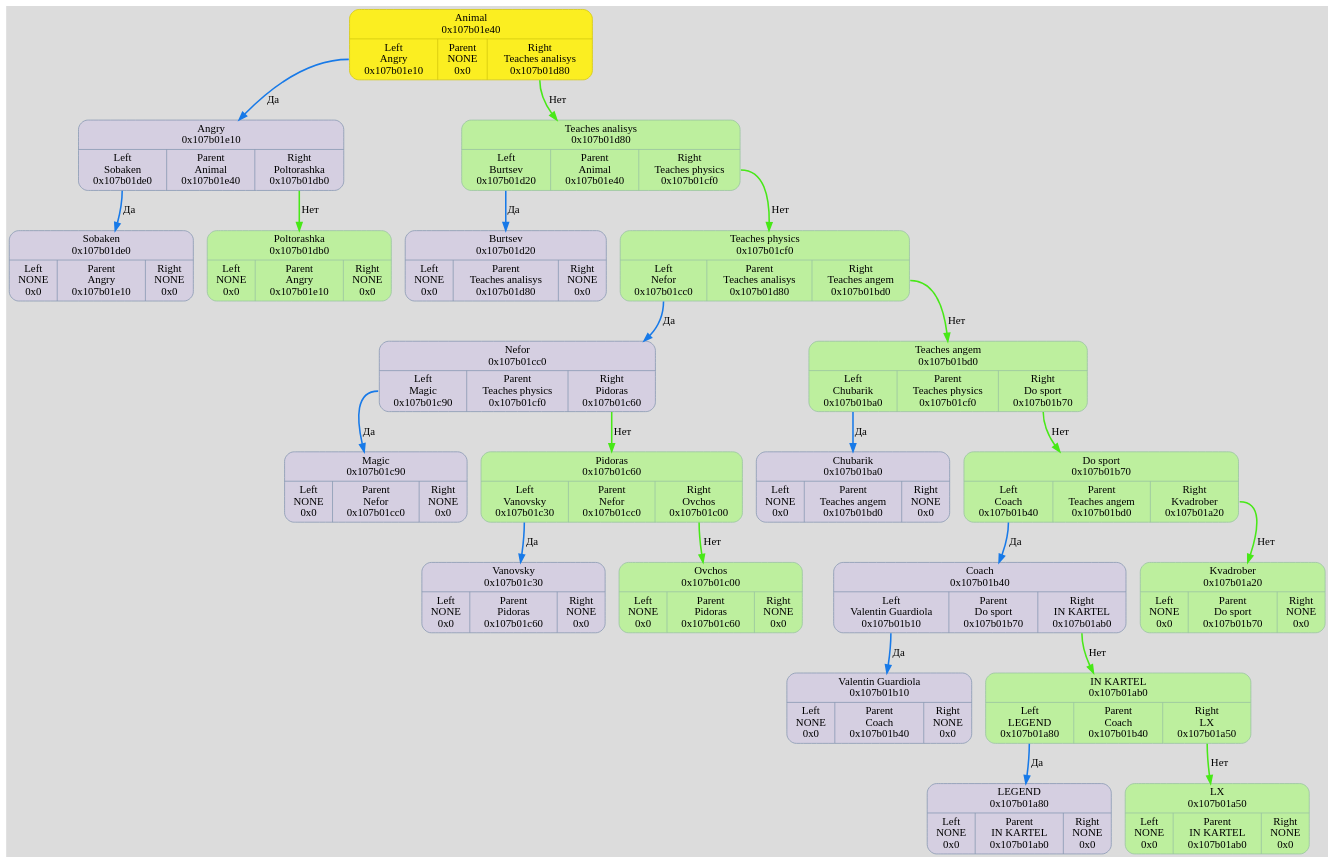
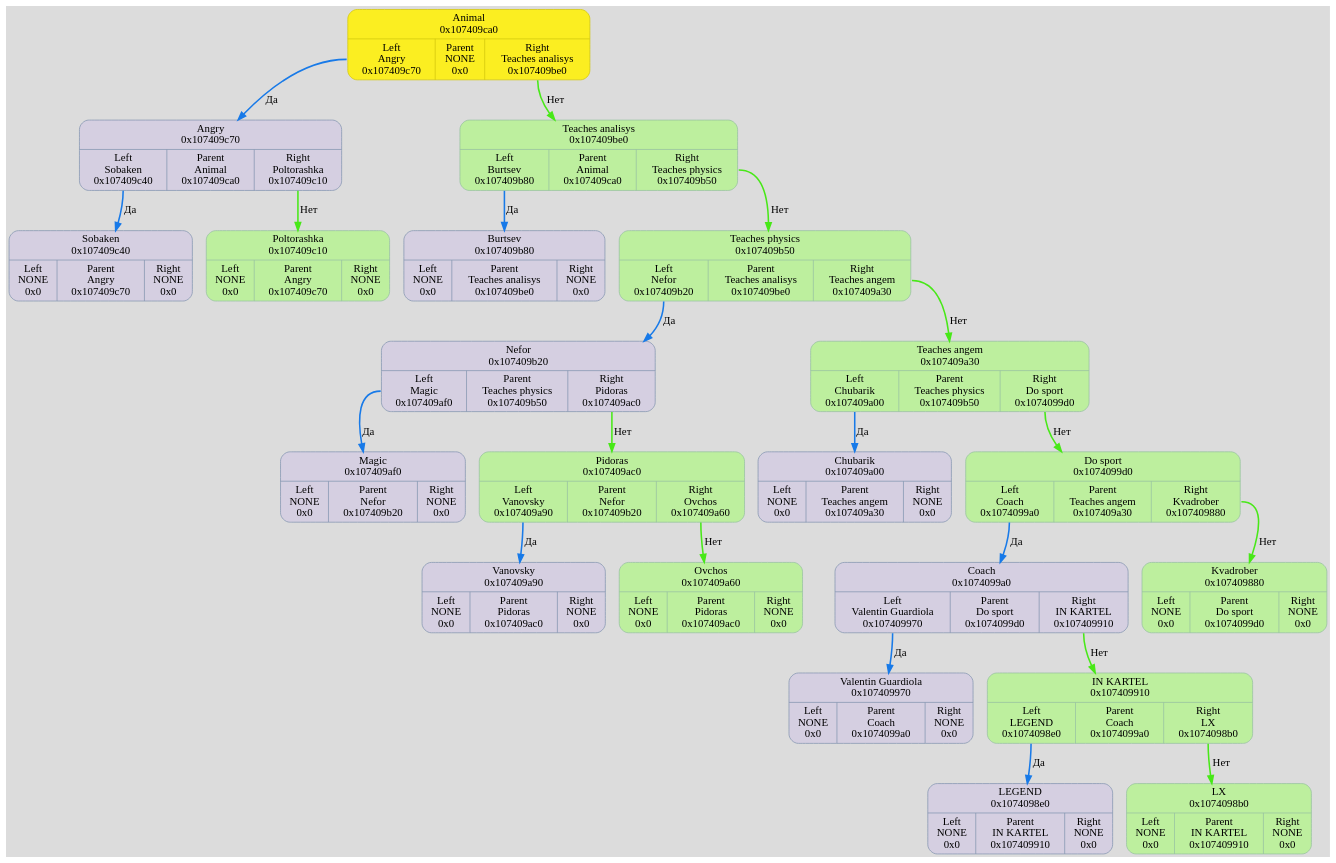
Before and after one commit to TolikRogov/Akinator: the diagram in dump/graph.dot, drawn with Graphviz. The commit also changed 9 other files, not shown here.

```diff
--- a/dump/graph.dot
+++ b/dump/graph.dot
@@ -2,55 +2,55 @@
 	fontname = "UbuntuMono";
 	bgcolor = "#DCDCDC";
 
-	node0x107b01e40 [ shape = Mrecord; style = filled; fillcolor = "#FBEE21"; color = "#D3C70D"; fontcolor = "#000000";label = " { Animal\n0x107b01e40 | { <left> Left\nAngry\n0x107b01e10 | Parent\nNONE\n0x0 | <right> Right\nTeaches analisys\n0x107b01d80 } } ";  ];
-	node0x107b01e40:<left> -> node0x107b01e10 [ style = "bold"; color = "#187AE8"; label = "Да"; ];
-	node0x107b01e10 [ shape = Mrecord; style = filled; fillcolor = "#D5CFE1"; color = "#8797b2"; fontcolor = "#000000";label = " { Angry\n0x107b01e10 | { <left> Left\nSobaken\n0x107b01de0 | Parent\nAnimal\n0x107b01e40 | <right> Right\nPoltorashka\n0x107b01db0 } } ";  ];
-	node0x107b01e10:<left> -> node0x107b01de0 [ style = "bold"; color = "#187AE8"; label = "Да"; ];
-	node0x107b01de0 [ shape = Mrecord; style = filled; fillcolor = "#D5CFE1"; color = "#8797b2"; fontcolor = "#000000";label = " { Sobaken\n0x107b01de0 | { <left> Left\nNONE\n0x0 | Parent\nAngry\n0x107b01e10 | <right> Right\nNONE\n0x0 } } ";  ];
-	node0x107b01db0 [ shape = Mrecord; style = filled; fillcolor = "#D5CFE1"; color = "#8797b2"; fontcolor = "#000000";label = " { Poltorashka\n0x107b01db0 | { <left> Left\nNONE\n0x0 | Parent\nAngry\n0x107b01e10 | <right> Right\nNONE\n0x0 } } ";  ];
-	node0x107b01e10:<right> -> node0x107b01db0 [ style = "bold"; color = "#48E818"; label = "Нет"; ];
-	node0x107b01db0 [ fillcolor = "#BDEF9E"; color = "#99c2a2"; fontcolor = "#000000"; ];
-	node0x107b01d80 [ shape = Mrecord; style = filled; fillcolor = "#D5CFE1"; color = "#8797b2"; fontcolor = "#000000";label = " { Teaches analisys\n0x107b01d80 | { <left> Left\nBurtsev\n0x107b01d20 | Parent\nAnimal\n0x107b01e40 | <right> Right\nTeaches physics\n0x107b01cf0 } } ";  ];
-	node0x107b01d80:<left> -> node0x107b01d20 [ style = "bold"; color = "#187AE8"; label = "Да"; ];
-	node0x107b01d20 [ shape = Mrecord; style = filled; fillcolor = "#D5CFE1"; color = "#8797b2"; fontcolor = "#000000";label = " { Burtsev\n0x107b01d20 | { <left> Left\nNONE\n0x0 | Parent\nTeaches analisys\n0x107b01d80 | <right> Right\nNONE\n0x0 } } ";  ];
-	node0x107b01cf0 [ shape = Mrecord; style = filled; fillcolor = "#D5CFE1"; color = "#8797b2"; fontcolor = "#000000";label = " { Teaches physics\n0x107b01cf0 | { <left> Left\nNefor\n0x107b01cc0 | Parent\nTeaches analisys\n0x107b01d80 | <right> Right\nTeaches angem\n0x107b01bd0 } } ";  ];
-	node0x107b01cf0:<left> -> node0x107b01cc0 [ style = "bold"; color = "#187AE8"; label = "Да"; ];
-	node0x107b01cc0 [ shape = Mrecord; style = filled; fillcolor = "#D5CFE1"; color = "#8797b2"; fontcolor = "#000000";label = " { Nefor\n0x107b01cc0 | { <left> Left\nMagic\n0x107b01c90 | Parent\nTeaches physics\n0x107b01cf0 | <right> Right\nPidoras\n0x107b01c60 } } ";  ];
-	node0x107b01cc0:<left> -> node0x107b01c90 [ style = "bold"; color = "#187AE8"; label = "Да"; ];
-	node0x107b01c90 [ shape = Mrecord; style = filled; fillcolor = "#D5CFE1"; color = "#8797b2"; fontcolor = "#000000";label = " { Magic\n0x107b01c90 | { <left> Left\nNONE\n0x0 | Parent\nNefor\n0x107b01cc0 | <right> Right\nNONE\n0x0 } } ";  ];
-	node0x107b01c60 [ shape = Mrecord; style = filled; fillcolor = "#D5CFE1"; color = "#8797b2"; fontcolor = "#000000";label = " { Pidoras\n0x107b01c60 | { <left> Left\nVanovsky\n0x107b01c30 | Parent\nNefor\n0x107b01cc0 | <right> Right\nOvchos\n0x107b01c00 } } ";  ];
-	node0x107b01c60:<left> -> node0x107b01c30 [ style = "bold"; color = "#187AE8"; label = "Да"; ];
-	node0x107b01c30 [ shape = Mrecord; style = filled; fillcolor = "#D5CFE1"; color = "#8797b2"; fontcolor = "#000000";label = " { Vanovsky\n0x107b01c30 | { <left> Left\nNONE\n0x0 | Parent\nPidoras\n0x107b01c60 | <right> Right\nNONE\n0x0 } } ";  ];
-	node0x107b01c00 [ shape = Mrecord; style = filled; fillcolor = "#D5CFE1"; color = "#8797b2"; fontcolor = "#000000";label = " { Ovchos\n0x107b01c00 | { <left> Left\nNONE\n0x0 | Parent\nPidoras\n0x107b01c60 | <right> Right\nNONE\n0x0 } } ";  ];
-	node0x107b01c60:<right> -> node0x107b01c00 [ style = "bold"; color = "#48E818"; label = "Нет"; ];
-	node0x107b01c00 [ fillcolor = "#BDEF9E"; color = "#99c2a2"; fontcolor = "#000000"; ];
-	node0x107b01cc0:<right> -> node0x107b01c60 [ style = "bold"; color = "#48E818"; label = "Нет"; ];
-	node0x107b01c60 [ fillcolor = "#BDEF9E"; color = "#99c2a2"; fontcolor = "#000000"; ];
-	node0x107b01bd0 [ shape = Mrecord; style = filled; fillcolor = "#D5CFE1"; color = "#8797b2"; fontcolor = "#000000";label = " { Teaches angem\n0x107b01bd0 | { <left> Left\nChubarik\n0x107b01ba0 | Parent\nTeaches physics\n0x107b01cf0 | <right> Right\nDo sport\n0x107b01b70 } } ";  ];
-	node0x107b01bd0:<left> -> node0x107b01ba0 [ style = "bold"; color = "#187AE8"; label = "Да"; ];
-	node0x107b01ba0 [ shape = Mrecord; style = filled; fillcolor = "#D5CFE1"; color = "#8797b2"; fontcolor = "#000000";label = " { Chubarik\n0x107b01ba0 | { <left> Left\nNONE\n0x0 | Parent\nTeaches angem\n0x107b01bd0 | <right> Right\nNONE\n0x0 } } ";  ];
-	node0x107b01b70 [ shape = Mrecord; style = filled; fillcolor = "#D5CFE1"; color = "#8797b2"; fontcolor = "#000000";label = " { Do sport\n0x107b01b70 | { <left> Left\nCoach\n0x107b01b40 | Parent\nTeaches angem\n0x107b01bd0 | <right> Right\nKvadrober\n0x107b01a20 } } ";  ];
-	node0x107b01b70:<left> -> node0x107b01b40 [ style = "bold"; color = "#187AE8"; label = "Да"; ];
-	node0x107b01b40 [ shape = Mrecord; style = filled; fillcolor = "#D5CFE1"; color = "#8797b2"; fontcolor = "#000000";label = " { Coach\n0x107b01b40 | { <left> Left\nValentin Guardiola\n0x107b01b10 | Parent\nDo sport\n0x107b01b70 | <right> Right\nIN KARTEL\n0x107b01ab0 } } ";  ];
-	node0x107b01b40:<left> -> node0x107b01b10 [ style = "bold"; color = "#187AE8"; label = "Да"; ];
-	node0x107b01b10 [ shape = Mrecord; style = filled; fillcolor = "#D5CFE1"; color = "#8797b2"; fontcolor = "#000000";label = " { Valentin Guardiola\n0x107b01b10 | { <left> Left\nNONE\n0x0 | Parent\nCoach\n0x107b01b40 | <right> Right\nNONE\n0x0 } } ";  ];
-	node0x107b01ab0 [ shape = Mrecord; style = filled; fillcolor = "#D5CFE1"; color = "#8797b2"; fontcolor = "#000000";label = " { IN KARTEL\n0x107b01ab0 | { <left> Left\nLEGEND\n0x107b01a80 | Parent\nCoach\n0x107b01b40 | <right> Right\nLX\n0x107b01a50 } } ";  ];
-	node0x107b01ab0:<left> -> node0x107b01a80 [ style = "bold"; color = "#187AE8"; label = "Да"; ];
-	node0x107b01a80 [ shape = Mrecord; style = filled; fillcolor = "#D5CFE1"; color = "#8797b2"; fontcolor = "#000000";label = " { LEGEND\n0x107b01a80 | { <left> Left\nNONE\n0x0 | Parent\nIN KARTEL\n0x107b01ab0 | <right> Right\nNONE\n0x0 } } ";  ];
-	node0x107b01a50 [ shape = Mrecord; style = filled; fillcolor = "#D5CFE1"; color = "#8797b2"; fontcolor = "#000000";label = " { LX\n0x107b01a50 | { <left> Left\nNONE\n0x0 | Parent\nIN KARTEL\n0x107b01ab0 | <right> Right\nNONE\n0x0 } } ";  ];
-	node0x107b01ab0:<right> -> node0x107b01a50 [ style = "bold"; color = "#48E818"; label = "Нет"; ];
-	node0x107b01a50 [ fillcolor = "#BDEF9E"; color = "#99c2a2"; fontcolor = "#000000"; ];
-	node0x107b01b40:<right> -> node0x107b01ab0 [ style = "bold"; color = "#48E818"; label = "Нет"; ];
-	node0x107b01ab0 [ fillcolor = "#BDEF9E"; color = "#99c2a2"; fontcolor = "#000000"; ];
-	node0x107b01a20 [ shape = Mrecord; style = filled; fillcolor = "#D5CFE1"; color = "#8797b2"; fontcolor = "#000000";label = " { Kvadrober\n0x107b01a20 | { <left> Left\nNONE\n0x0 | Parent\nDo sport\n0x107b01b70 | <right> Right\nNONE\n0x0 } } ";  ];
-	node0x107b01b70:<right> -> node0x107b01a20 [ style = "bold"; color = "#48E818"; label = "Нет"; ];
-	node0x107b01a20 [ fillcolor = "#BDEF9E"; color = "#99c2a2"; fontcolor = "#000000"; ];
-	node0x107b01bd0:<right> -> node0x107b01b70 [ style = "bold"; color = "#48E818"; label = "Нет"; ];
-	node0x107b01b70 [ fillcolor = "#BDEF9E"; color = "#99c2a2"; fontcolor = "#000000"; ];
-	node0x107b01cf0:<right> -> node0x107b01bd0 [ style = "bold"; color = "#48E818"; label = "Нет"; ];
-	node0x107b01bd0 [ fillcolor = "#BDEF9E"; color = "#99c2a2"; fontcolor = "#000000"; ];
-	node0x107b01d80:<right> -> node0x107b01cf0 [ style = "bold"; color = "#48E818"; label = "Нет"; ];
-	node0x107b01cf0 [ fillcolor = "#BDEF9E"; color = "#99c2a2"; fontcolor = "#000000"; ];
-	node0x107b01e40:<right> -> node0x107b01d80 [ style = "bold"; color = "#48E818"; label = "Нет"; ];
-	node0x107b01d80 [ fillcolor = "#BDEF9E"; color = "#99c2a2"; fontcolor = "#000000"; ];
+	node0x107409ca0 [ shape = Mrecord; style = filled; fillcolor = "#FBEE21"; color = "#D3C70D"; fontcolor = "#000000";label = " { Animal\n0x107409ca0 | { <left> Left\nAngry\n0x107409c70 | Parent\nNONE\n0x0 | <right> Right\nTeaches analisys\n0x107409be0 } } ";  ];
+	node0x107409ca0:<left> -> node0x107409c70 [ style = "bold"; color = "#187AE8"; label = "Да"; ];
+	node0x107409c70 [ shape = Mrecord; style = filled; fillcolor = "#D5CFE1"; color = "#8797b2"; fontcolor = "#000000";label = " { Angry\n0x107409c70 | { <left> Left\nSobaken\n0x107409c40 | Parent\nAnimal\n0x107409ca0 | <right> Right\nPoltorashka\n0x107409c10 } } ";  ];
+	node0x107409c70:<left> -> node0x107409c40 [ style = "bold"; color = "#187AE8"; label = "Да"; ];
+	node0x107409c40 [ shape = Mrecord; style = filled; fillcolor = "#D5CFE1"; color = "#8797b2"; fontcolor = "#000000";label = " { Sobaken\n0x107409c40 | { <left> Left\nNONE\n0x0 | Parent\nAngry\n0x107409c70 | <right> Right\nNONE\n0x0 } } ";  ];
+	node0x107409c10 [ shape = Mrecord; style = filled; fillcolor = "#D5CFE1"; color = "#8797b2"; fontcolor = "#000000";label = " { Poltorashka\n0x107409c10 | { <left> Left\nNONE\n0x0 | Parent\nAngry\n0x107409c70 | <right> Right\nNONE\n0x0 } } ";  ];
+	node0x107409c70:<right> -> node0x107409c10 [ style = "bold"; color = "#48E818"; label = "Нет"; ];
+	node0x107409c10 [ fillcolor = "#BDEF9E"; color = "#99c2a2"; fontcolor = "#000000"; ];
+	node0x107409be0 [ shape = Mrecord; style = filled; fillcolor = "#D5CFE1"; color = "#8797b2"; fontcolor = "#000000";label = " { Teaches analisys\n0x107409be0 | { <left> Left\nBurtsev\n0x107409b80 | Parent\nAnimal\n0x107409ca0 | <right> Right\nTeaches physics\n0x107409b50 } } ";  ];
+	node0x107409be0:<left> -> node0x107409b80 [ style = "bold"; color = "#187AE8"; label = "Да"; ];
+	node0x107409b80 [ shape = Mrecord; style = filled; fillcolor = "#D5CFE1"; color = "#8797b2"; fontcolor = "#000000";label = " { Burtsev\n0x107409b80 | { <left> Left\nNONE\n0x0 | Parent\nTeaches analisys\n0x107409be0 | <right> Right\nNONE\n0x0 } } ";  ];
+	node0x107409b50 [ shape = Mrecord; style = filled; fillcolor = "#D5CFE1"; color = "#8797b2"; fontcolor = "#000000";label = " { Teaches physics\n0x107409b50 | { <left> Left\nNefor\n0x107409b20 | Parent\nTeaches analisys\n0x107409be0 | <right> Right\nTeaches angem\n0x107409a30 } } ";  ];
+	node0x107409b50:<left> -> node0x107409b20 [ style = "bold"; color = "#187AE8"; label = "Да"; ];
+	node0x107409b20 [ shape = Mrecord; style = filled; fillcolor = "#D5CFE1"; color = "#8797b2"; fontcolor = "#000000";label = " { Nefor\n0x107409b20 | { <left> Left\nMagic\n0x107409af0 | Parent\nTeaches physics\n0x107409b50 | <right> Right\nPidoras\n0x107409ac0 } } ";  ];
+	node0x107409b20:<left> -> node0x107409af0 [ style = "bold"; color = "#187AE8"; label = "Да"; ];
+	node0x107409af0 [ shape = Mrecord; style = filled; fillcolor = "#D5CFE1"; color = "#8797b2"; fontcolor = "#000000";label = " { Magic\n0x107409af0 | { <left> Left\nNONE\n0x0 | Parent\nNefor\n0x107409b20 | <right> Right\nNONE\n0x0 } } ";  ];
+	node0x107409ac0 [ shape = Mrecord; style = filled; fillcolor = "#D5CFE1"; color = "#8797b2"; fontcolor = "#000000";label = " { Pidoras\n0x107409ac0 | { <left> Left\nVanovsky\n0x107409a90 | Parent\nNefor\n0x107409b20 | <right> Right\nOvchos\n0x107409a60 } } ";  ];
+	node0x107409ac0:<left> -> node0x107409a90 [ style = "bold"; color = "#187AE8"; label = "Да"; ];
+	node0x107409a90 [ shape = Mrecord; style = filled; fillcolor = "#D5CFE1"; color = "#8797b2"; fontcolor = "#000000";label = " { Vanovsky\n0x107409a90 | { <left> Left\nNONE\n0x0 | Parent\nPidoras\n0x107409ac0 | <right> Right\nNONE\n0x0 } } ";  ];
+	node0x107409a60 [ shape = Mrecord; style = filled; fillcolor = "#D5CFE1"; color = "#8797b2"; fontcolor = "#000000";label = " { Ovchos\n0x107409a60 | { <left> Left\nNONE\n0x0 | Parent\nPidoras\n0x107409ac0 | <right> Right\nNONE\n0x0 } } ";  ];
+	node0x107409ac0:<right> -> node0x107409a60 [ style = "bold"; color = "#48E818"; label = "Нет"; ];
+	node0x107409a60 [ fillcolor = "#BDEF9E"; color = "#99c2a2"; fontcolor = "#000000"; ];
+	node0x107409b20:<right> -> node0x107409ac0 [ style = "bold"; color = "#48E818"; label = "Нет"; ];
+	node0x107409ac0 [ fillcolor = "#BDEF9E"; color = "#99c2a2"; fontcolor = "#000000"; ];
+	node0x107409a30 [ shape = Mrecord; style = filled; fillcolor = "#D5CFE1"; color = "#8797b2"; fontcolor = "#000000";label = " { Teaches angem\n0x107409a30 | { <left> Left\nChubarik\n0x107409a00 | Parent\nTeaches physics\n0x107409b50 | <right> Right\nDo sport\n0x1074099d0 } } ";  ];
+	node0x107409a30:<left> -> node0x107409a00 [ style = "bold"; color = "#187AE8"; label = "Да"; ];
+	node0x107409a00 [ shape = Mrecord; style = filled; fillcolor = "#D5CFE1"; color = "#8797b2"; fontcolor = "#000000";label = " { Chubarik\n0x107409a00 | { <left> Left\nNONE\n0x0 | Parent\nTeaches angem\n0x107409a30 | <right> Right\nNONE\n0x0 } } ";  ];
+	node0x1074099d0 [ shape = Mrecord; style = filled; fillcolor = "#D5CFE1"; color = "#8797b2"; fontcolor = "#000000";label = " { Do sport\n0x1074099d0 | { <left> Left\nCoach\n0x1074099a0 | Parent\nTeaches angem\n0x107409a30 | <right> Right\nKvadrober\n0x107409880 } } ";  ];
+	node0x1074099d0:<left> -> node0x1074099a0 [ style = "bold"; color = "#187AE8"; label = "Да"; ];
+	node0x1074099a0 [ shape = Mrecord; style = filled; fillcolor = "#D5CFE1"; color = "#8797b2"; fontcolor = "#000000";label = " { Coach\n0x1074099a0 | { <left> Left\nValentin Guardiola\n0x107409970 | Parent\nDo sport\n0x1074099d0 | <right> Right\nIN KARTEL\n0x107409910 } } ";  ];
+	node0x1074099a0:<left> -> node0x107409970 [ style = "bold"; color = "#187AE8"; label = "Да"; ];
+	node0x107409970 [ shape = Mrecord; style = filled; fillcolor = "#D5CFE1"; color = "#8797b2"; fontcolor = "#000000";label = " { Valentin Guardiola\n0x107409970 | { <left> Left\nNONE\n0x0 | Parent\nCoach\n0x1074099a0 | <right> Right\nNONE\n0x0 } } ";  ];
+	node0x107409910 [ shape = Mrecord; style = filled; fillcolor = "#D5CFE1"; color = "#8797b2"; fontcolor = "#000000";label = " { IN KARTEL\n0x107409910 | { <left> Left\nLEGEND\n0x1074098e0 | Parent\nCoach\n0x1074099a0 | <right> Right\nLX\n0x1074098b0 } } ";  ];
+	node0x107409910:<left> -> node0x1074098e0 [ style = "bold"; color = "#187AE8"; label = "Да"; ];
+	node0x1074098e0 [ shape = Mrecord; style = filled; fillcolor = "#D5CFE1"; color = "#8797b2"; fontcolor = "#000000";label = " { LEGEND\n0x1074098e0 | { <left> Left\nNONE\n0x0 | Parent\nIN KARTEL\n0x107409910 | <right> Right\nNONE\n0x0 } } ";  ];
+	node0x1074098b0 [ shape = Mrecord; style = filled; fillcolor = "#D5CFE1"; color = "#8797b2"; fontcolor = "#000000";label = " { LX\n0x1074098b0 | { <left> Left\nNONE\n0x0 | Parent\nIN KARTEL\n0x107409910 | <right> Right\nNONE\n0x0 } } ";  ];
+	node0x107409910:<right> -> node0x1074098b0 [ style = "bold"; color = "#48E818"; label = "Нет"; ];
+	node0x1074098b0 [ fillcolor = "#BDEF9E"; color = "#99c2a2"; fontcolor = "#000000"; ];
+	node0x1074099a0:<right> -> node0x107409910 [ style = "bold"; color = "#48E818"; label = "Нет"; ];
+	node0x107409910 [ fillcolor = "#BDEF9E"; color = "#99c2a2"; fontcolor = "#000000"; ];
+	node0x107409880 [ shape = Mrecord; style = filled; fillcolor = "#D5CFE1"; color = "#8797b2"; fontcolor = "#000000";label = " { Kvadrober\n0x107409880 | { <left> Left\nNONE\n0x0 | Parent\nDo sport\n0x1074099d0 | <right> Right\nNONE\n0x0 } } ";  ];
+	node0x1074099d0:<right> -> node0x107409880 [ style = "bold"; color = "#48E818"; label = "Нет"; ];
+	node0x107409880 [ fillcolor = "#BDEF9E"; color = "#99c2a2"; fontcolor = "#000000"; ];
+	node0x107409a30:<right> -> node0x1074099d0 [ style = "bold"; color = "#48E818"; label = "Нет"; ];
+	node0x1074099d0 [ fillcolor = "#BDEF9E"; color = "#99c2a2"; fontcolor = "#000000"; ];
+	node0x107409b50:<right> -> node0x107409a30 [ style = "bold"; color = "#48E818"; label = "Нет"; ];
+	node0x107409a30 [ fillcolor = "#BDEF9E"; color = "#99c2a2"; fontcolor = "#000000"; ];
+	node0x107409be0:<right> -> node0x107409b50 [ style = "bold"; color = "#48E818"; label = "Нет"; ];
+	node0x107409b50 [ fillcolor = "#BDEF9E"; color = "#99c2a2"; fontcolor = "#000000"; ];
+	node0x107409ca0:<right> -> node0x107409be0 [ style = "bold"; color = "#48E818"; label = "Нет"; ];
+	node0x107409be0 [ fillcolor = "#BDEF9E"; color = "#99c2a2"; fontcolor = "#000000"; ];
 }
```
